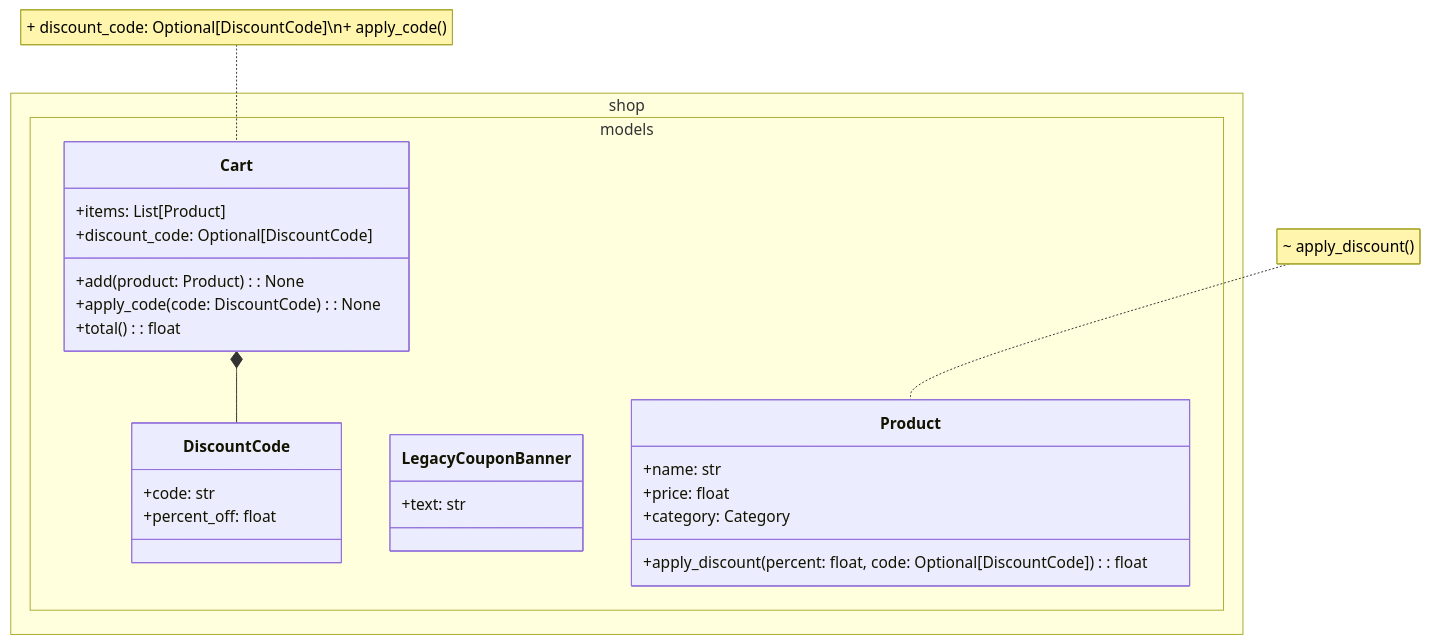
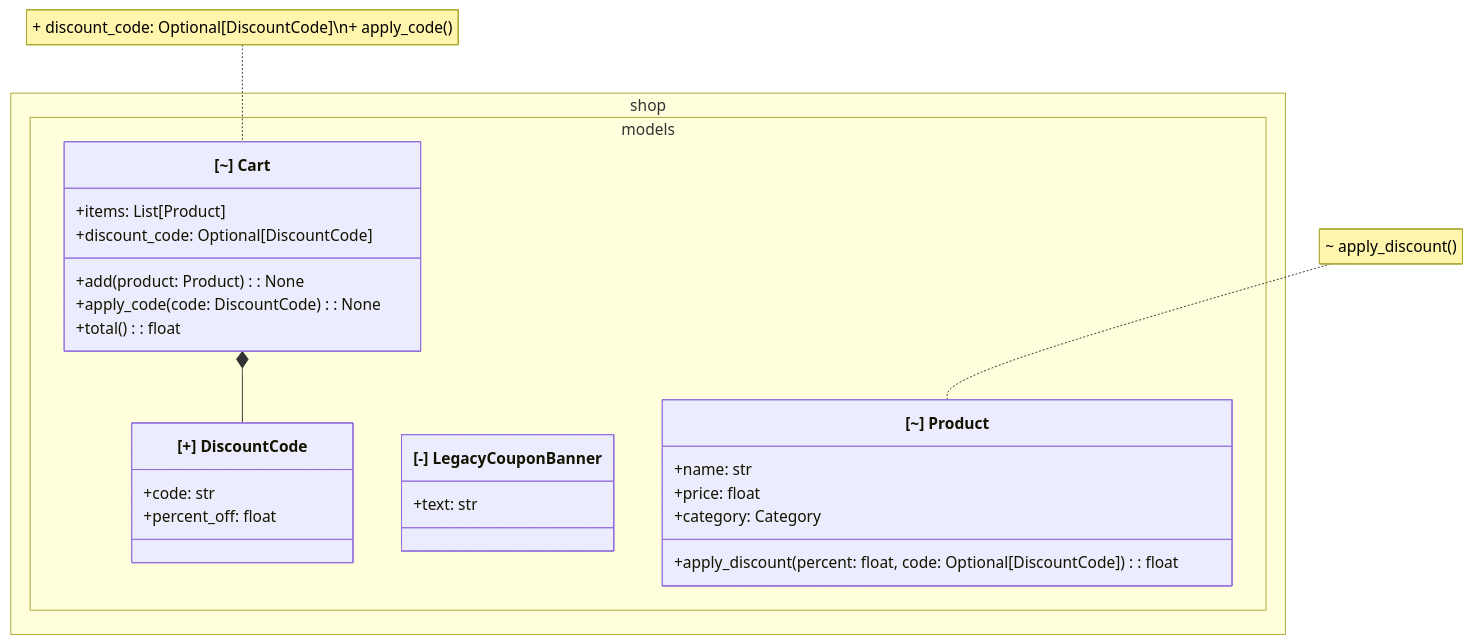
One commit to t29mato/design-diff changed the diagram in docs/examples/shop-discount-codes.md. Above: the diagram before and after it, drawn with Mermaid. The commit also changed other lines of this file and 3 other files, not shown here.

````diff
--- a/docs/examples/shop-discount-codes.md
+++ b/docs/examples/shop-discount-codes.md
@@ -14,32 +22,28 @@
 ```mermaid
 classDiagram
-    classDef added fill:#e6ffed,stroke:#22863a,color:#22863a
-    classDef removed fill:#ffeef0,stroke:#b31d28,color:#b31d28
-    classDef modified fill:#fff8e6,stroke:#b08800,color:#7a5c00
-
     namespace shop.models {
-        class shop_models_Cart["Cart"]:::modified {
+        class shop_models_Cart["[~] Cart"] {
             +items: List[Product]
             +discount_code: Optional[DiscountCode]
             +add(product: Product): None
             +apply_code(code: DiscountCode): None
             +total(): float
         }
-        class shop_models_DiscountCode["DiscountCode"]:::added {
+        class shop_models_DiscountCode["[+] DiscountCode"] {
             +code: str
             +percent_off: float
         }
-        class shop_models_LegacyCouponBanner["LegacyCouponBanner"]:::removed {
+        class shop_models_LegacyCouponBanner["[-] LegacyCouponBanner"] {
             +text: str
         }
-        class shop_models_Product["Product"]:::modified {
+        class shop_models_Product["[~] Product"] {
             +name: str
             +price: float
             +category: Category
             +apply_discount(percent: float, code: Optional[DiscountCode]): float
         }
     }
     note for shop_models_Cart "+ discount_code: Optional[DiscountCode]\n+ apply_code()"
     note for shop_models_Product "~ apply_discount()"
     shop_models_Cart *-- shop_models_DiscountCode
 ```
````
